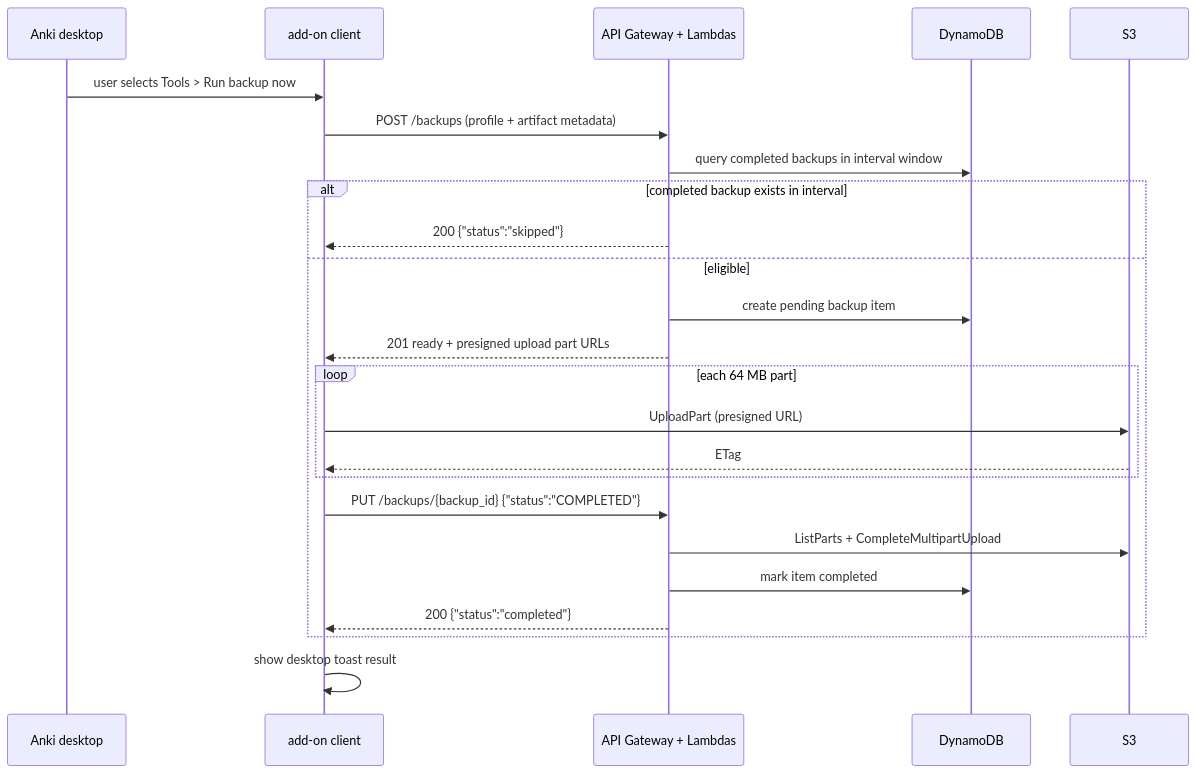
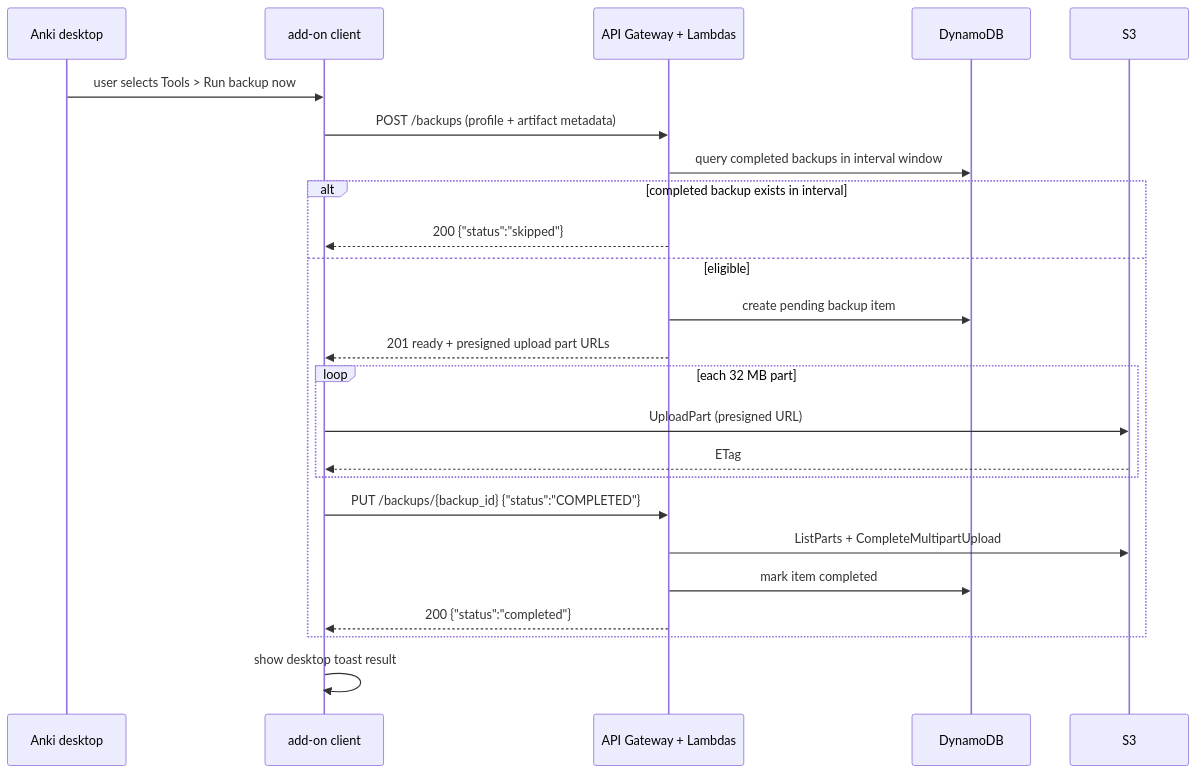
The second of 2 diagrams in anki_backup_api/README.md (jordansimsmith/jordansimsmith-com), drawn with Mermaid before and after one commit. The commit also changed other lines of this file and 5 other files, not shown here.

````diff
--- a/anki_backup_api/README.md
+++ b/anki_backup_api/README.md
@@ -64,27 +64,27 @@
 ```mermaid
 sequenceDiagram
   participant A as Anki desktop
   participant C as add-on client
   participant G as API Gateway + Lambdas
   participant D as DynamoDB
   participant S as S3
 
   A->>C: user selects Tools > Run backup now
   C->>G: POST /backups (profile + artifact metadata)
   G->>D: query completed backups in interval window
   alt completed backup exists in interval
     G-->>C: 200 {"status":"skipped"}
   else eligible
     G->>D: create pending backup item
     G-->>C: 201 ready + presigned upload part URLs
-    loop each 64 MB part
+    loop each 32 MB part
       C->>S: UploadPart (presigned URL)
       S-->>C: ETag
     end
     C->>G: PUT /backups/{backup_id} {"status":"COMPLETED"}
     G->>S: ListParts + CompleteMultipartUpload
     G->>D: mark item completed
     G-->>C: 200 {"status":"completed"}
   end
   C->>C: show desktop toast result
 ```
````
